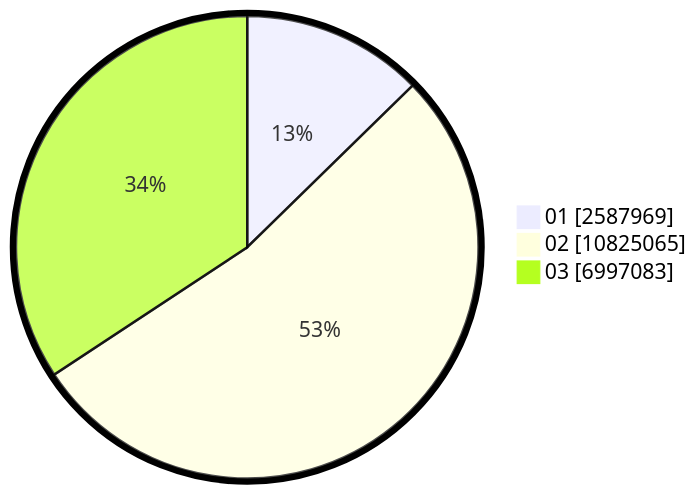
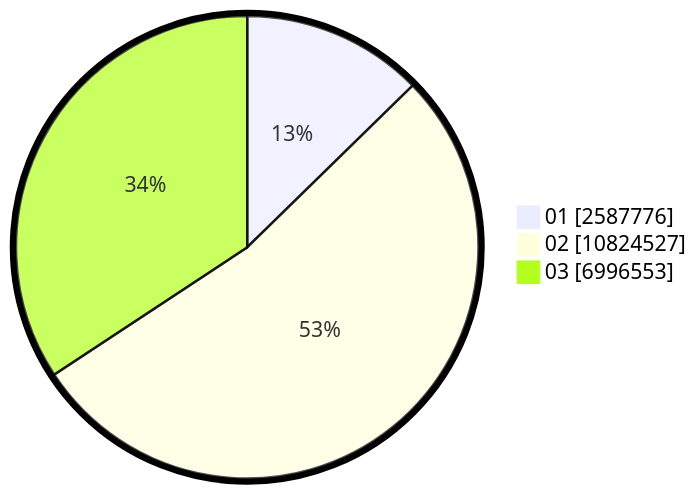
Before and after one commit to gigit-pemilu/pemilu-2024: the second of 2 diagrams in pilpres/hitung-suara/sub/table-wilayah-33.md, drawn with Mermaid. The commit also changed other lines of this file and 8 other files, not shown here.

````diff
--- a/pilpres/hitung-suara/sub/table-wilayah-33.md
+++ b/pilpres/hitung-suara/sub/table-wilayah-33.md
@@ -15,7 +15,7 @@
 ```mermaid
 %%{init: {"pie": {"textPosition": 0.5}, "themeVariables": {"pieOuterStrokeWidth": "5px"}} }%%
 pie showData
-    "01" : 2587969
-    "02" : 10825065
-    "03" : 6997083
+    "01" : 2587776
+    "02" : 10824527
+    "03" : 6996553
 ```
````
